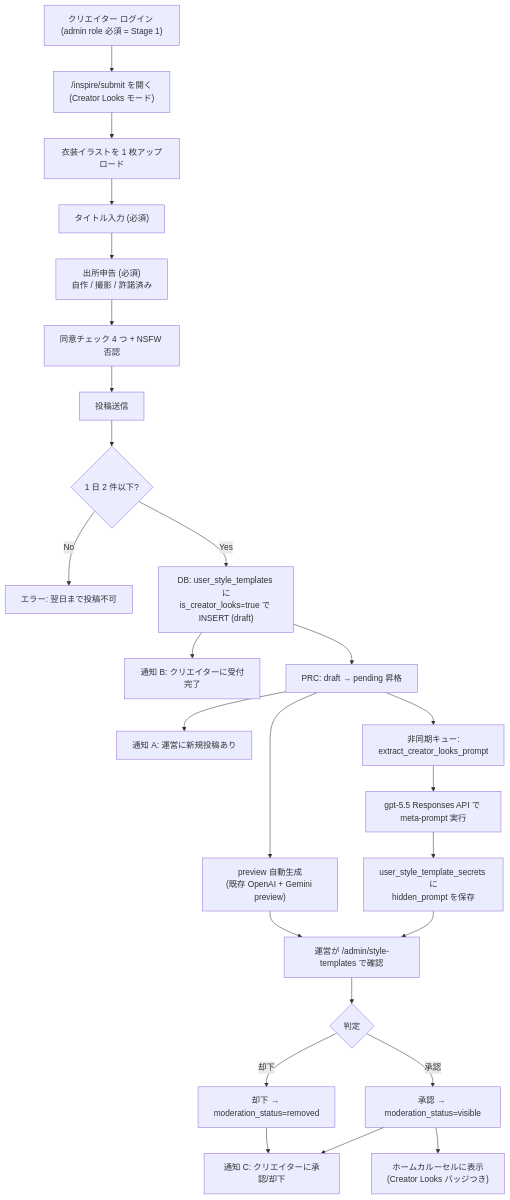
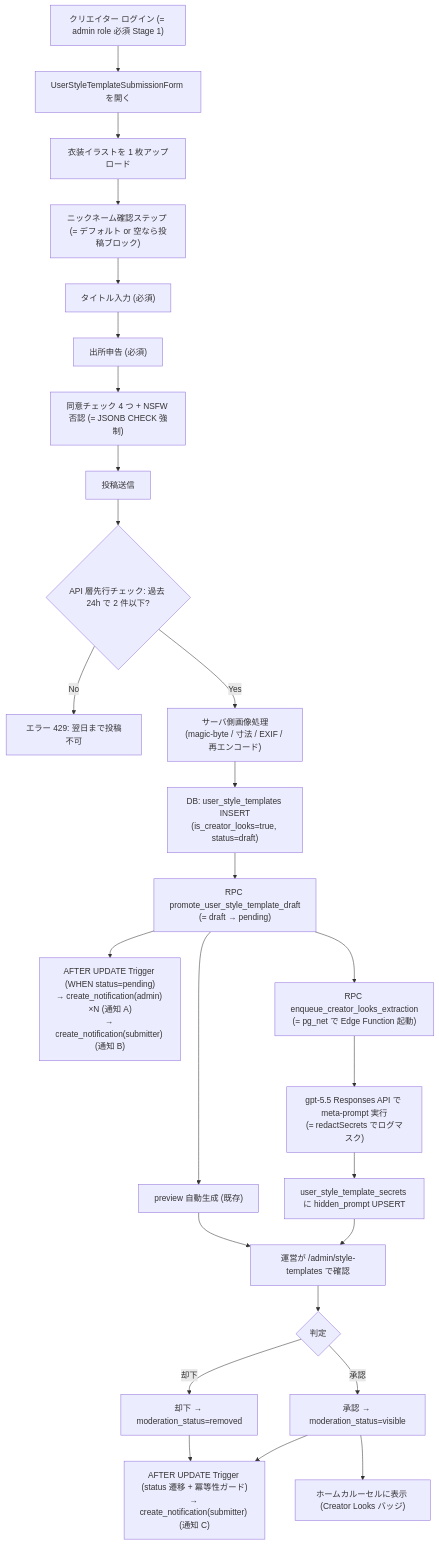
One commit to 3balljugglerYu/ai_coordinate changed the second of 5 diagrams in docs/planning/creator-looks-implementation-plan.md. Above: the diagram before and after it, drawn with Mermaid. The commit also changed other lines of this file, not shown here.

First line of the commit message:
docs(creator-looks): 計画書を v2 に更新 (Supabase / Next.js / Security レビュー反映)

````diff
--- a/docs/planning/creator-looks-implementation-plan.md
+++ b/docs/planning/creator-looks-implementation-plan.md
@@ -121,43 +175,41 @@
 ```mermaid
 flowchart TD
-    Start["クリエイター ログイン (admin role 必須 = Stage 1)"]
-    Submit["/inspire/submit を開く<br/>(Creator Looks モード)"]
+    Start["クリエイター ログイン (= admin role 必須 Stage 1)"]
+    Submit["UserStyleTemplateSubmissionForm を開く"]
     Upload["衣装イラストを 1 枚アップロード"]
+    NickConfirm["ニックネーム確認ステップ (= デフォルト or 空なら投稿ブロック)"]
     Title["タイトル入力 (必須)"]
-    Source["出所申告 (必須)<br/>自作 / 撮影 / 許諾済み"]
-    Consent["同意チェック 4 つ + NSFW 否認"]
+    Source["出所申告 (必須)"]
+    Consent["同意チェック 4 つ + NSFW 否認 (= JSONB CHECK 強制)"]
     Send["投稿送信"]
-    Cap{1 日 2 件以下?}
-    Reject["エラー: 翌日まで投稿不可"]
-    DraftInsert["DB: user_style_templates に<br/>is_creator_looks=true で INSERT (draft)"]
-    NotifyB["通知 B: クリエイターに受付完了"]
-    PromotePending["PRC: draft → pending 昇格"]
-    NotifyA["通知 A: 運営に新規投稿あり"]
-    ExtractQueue["非同期キュー:<br/>extract_creator_looks_prompt"]
-    Extract["gpt-5.5 Responses API で meta-prompt 実行"]
-    SaveSecret["user_style_template_secrets に<br/>hidden_prompt を保存"]
-    PreviewGen["preview 自動生成<br/>(既存 OpenAI + Gemini preview)"]
+    Cap{API 層先行チェック: 過去 24h で 2 件以下?}
+    RejectCap["エラー 429: 翌日まで投稿不可"]
+    ServerImg["サーバ側画像処理<br/>(magic-byte / 寸法 / EXIF / 再エンコード)"]
+    DraftInsert["DB: user_style_templates INSERT<br/>(is_creator_looks=true, status=draft)"]
+    PromotePending["RPC promote_user_style_template_draft<br/>(= draft → pending)"]
+    TrigAB["AFTER UPDATE Trigger (WHEN status=pending)<br/>→ create_notification(admin) ×N (通知 A)<br/>→ create_notification(submitter) (通知 B)"]
+    EnqueueExtract["RPC enqueue_creator_looks_extraction<br/>(= pg_net で Edge Function 起動)"]
+    Extract["gpt-5.5 Responses API で meta-prompt 実行<br/>(= redactSecrets でログマスク)"]
+    SaveSecret["user_style_template_secrets に hidden_prompt UPSERT"]
+    PreviewGen["preview 自動生成 (既存)"]
     AdminReview["運営が /admin/style-templates で確認"]
     Decision{判定}
     Approve["承認 → moderation_status=visible"]
     Reject2["却下 → moderation_status=removed"]
-    NotifyC["通知 C: クリエイターに承認/却下"]
-    Published["ホームカルーセルに表示<br/>(Creator Looks バッジつき)"]
-    
-    Start --> Submit --> Upload --> Title --> Source --> Consent --> Send
+    TrigC["AFTER UPDATE Trigger (status 遷移 + 冪等性ガード)<br/>→ create_notification(submitter) (通知 C)"]
+    Published["ホームカルーセルに表示 (Creator Looks バッジ)"]
+
+    Start --> Submit --> Upload --> NickConfirm --> Title --> Source --> Consent --> Send
     Send --> Cap
-    Cap -- No --> Reject
-    Cap -- Yes --> DraftInsert
-    DraftInsert --> NotifyB
-    DraftInsert --> PromotePending
-    PromotePending --> NotifyA
-    PromotePending --> ExtractQueue
-    ExtractQueue --> Extract --> SaveSecret
+    Cap -- No --> RejectCap
+    Cap -- Yes --> ServerImg --> DraftInsert --> PromotePending
+    PromotePending --> TrigAB
+    PromotePending --> EnqueueExtract --> Extract --> SaveSecret
     PromotePending --> PreviewGen
     SaveSecret --> AdminReview
     PreviewGen --> AdminReview
     AdminReview --> Decision
-    Decision -- 承認 --> Approve --> NotifyC
-    Decision -- 却下 --> Reject2 --> NotifyC
+    Decision -- 承認 --> Approve --> TrigC
+    Decision -- 却下 --> Reject2 --> TrigC
     Approve --> Published
 ```
````
